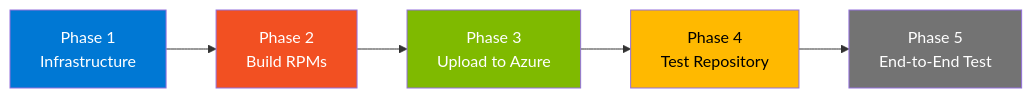
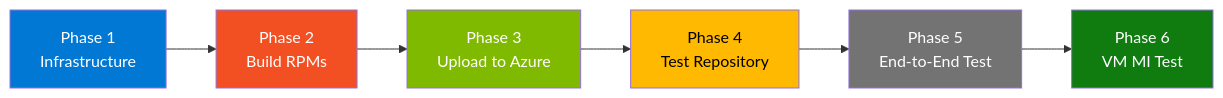
Before and after one commit to san360/rpm-poc: the first of 8 diagrams in QUICKSTART.md, drawn with Mermaid. The commit also changed other lines of this file and 4 other files, not shown here.

````diff
--- a/QUICKSTART.md
+++ b/QUICKSTART.md
@@ -9,16 +9,18 @@
 ```mermaid
 graph LR
     P1["Phase 1<br/>Infrastructure"]
     P2["Phase 2<br/>Build RPMs"]
     P3["Phase 3<br/>Upload to Azure"]
     P4["Phase 4<br/>Test Repository"]
     P5["Phase 5<br/>End-to-End Test"]
+    P6["Phase 6<br/>VM MI Test"]
 
-    P1 --> P2 --> P3 --> P4 --> P5
+    P1 --> P2 --> P3 --> P4 --> P5 --> P6
 
     style P1 fill:#0078D4,color:#fff
     style P2 fill:#F25022,color:#fff
     style P3 fill:#7FBA00,color:#fff
     style P4 fill:#FFB900,color:#000
     style P5 fill:#737373,color:#fff
+    style P6 fill:#107C10,color:#fff
 ```
````
